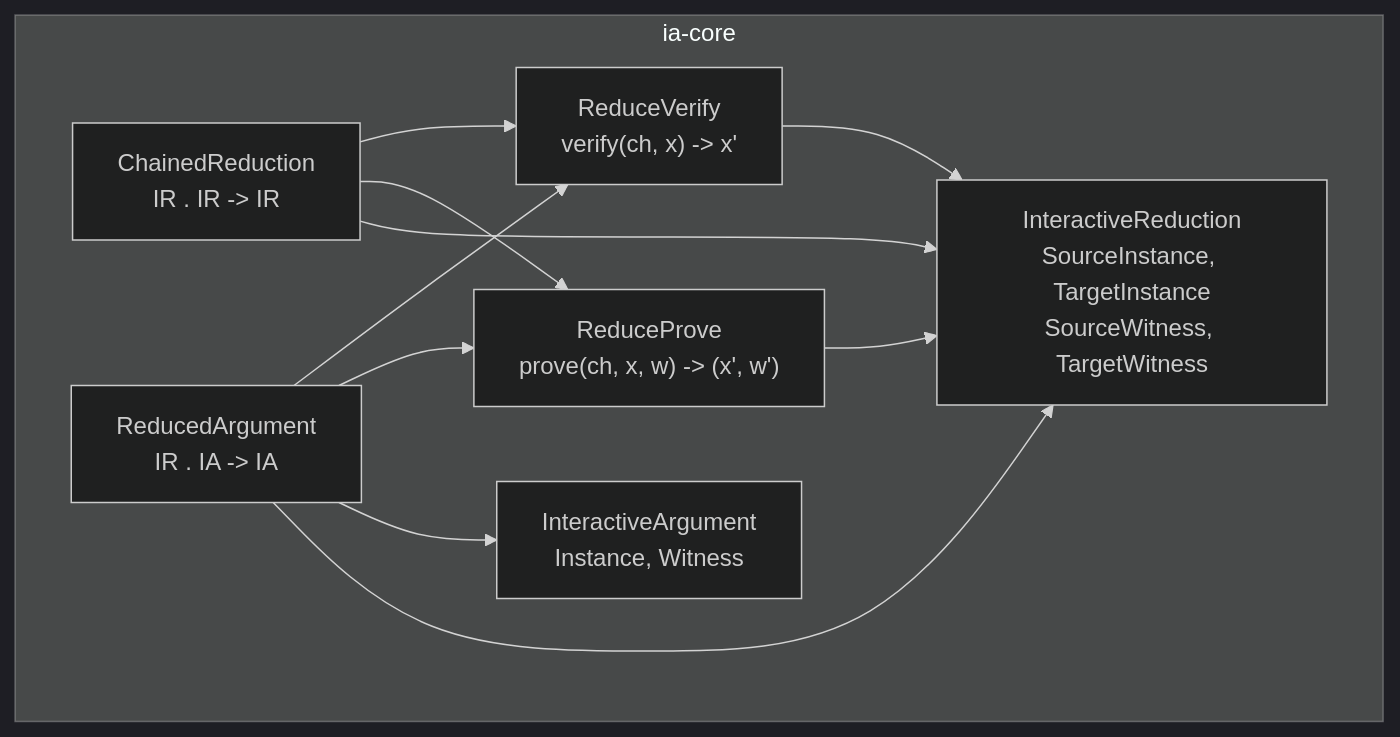
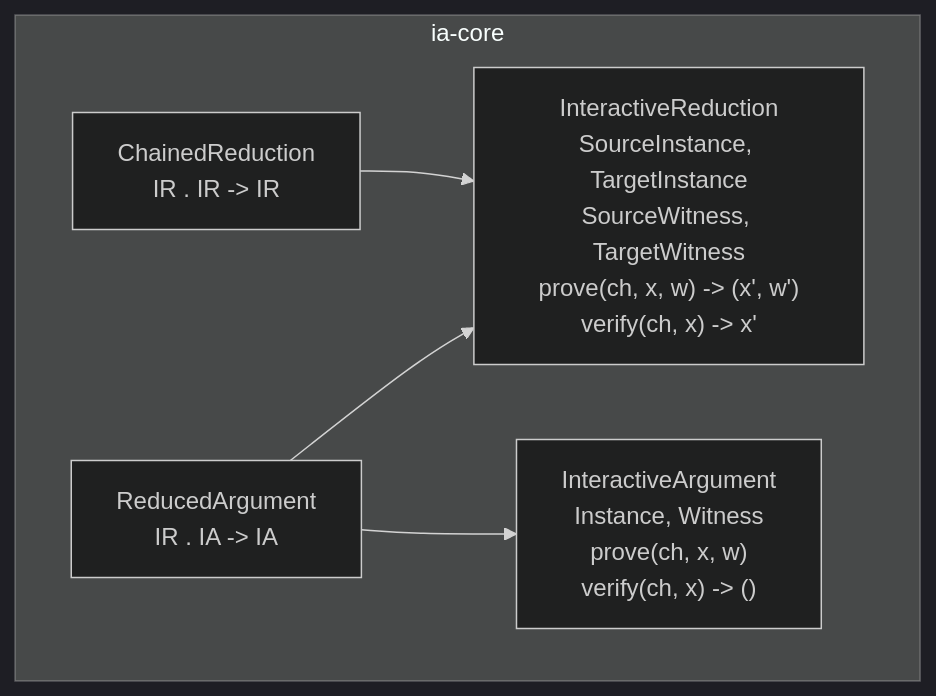
The diagram in docs/interactive-reduction-v2.md (ricardo-perello/argus), drawn with Mermaid (dark theme) before and after one commit. The commit also changed other lines of this file and 11 other files, not shown here.

First line of the commit message:
docs(README, dsfs, interactive-reduction): update documentation for protocol traits and security metadata

````diff
--- a/docs/interactive-reduction-v2.md
+++ b/docs/interactive-reduction-v2.md
@@ -152,21 +147,13 @@
 ```mermaid
 graph TD
     subgraph iaCore ["ia-core"]
-        IR["InteractiveReduction\nSourceInstance, TargetInstance\nSourceWitness, TargetWitness"]
-        RP["ReduceProve\nprove(ch, x, w) -> (x', w')"]
-        RV["ReduceVerify\nverify(ch, x) -> x'"]
+        IR["InteractiveReduction\nSourceInstance, TargetInstance\nSourceWitness, TargetWitness\nprove(ch, x, w) -> (x', w')\nverify(ch, x) -> x'"]
         CR["ChainedReduction\nIR . IR -> IR"]
         RA["ReducedArgument\nIR . IA -> IA"]
-        IA["InteractiveArgument\nInstance, Witness"]
+        IA["InteractiveArgument\nInstance, Witness\nprove(ch, x, w)\nverify(ch, x) -> ()"]
     end
 
-    RP --> IR
-    RV --> IR
     CR --> IR
-    CR --> RP
-    CR --> RV
     RA --> IR
     RA --> IA
-    RA --> RP
-    RA --> RV
 ```
````
